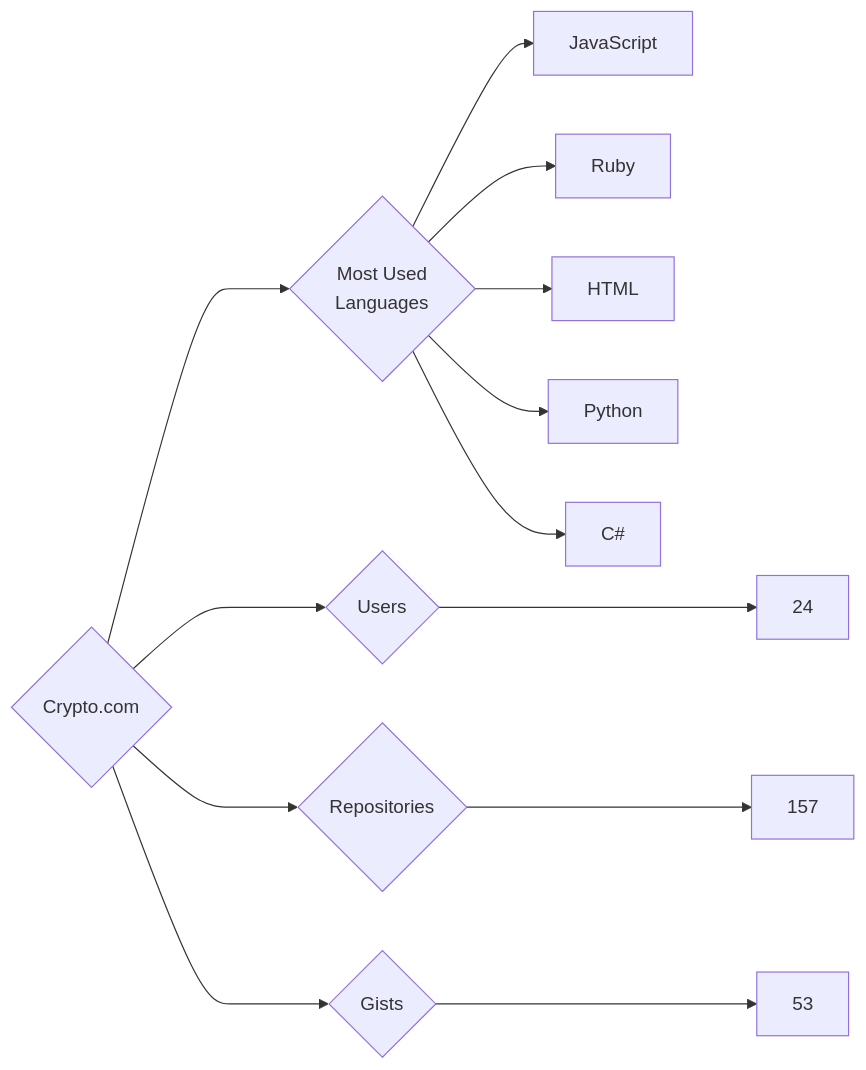
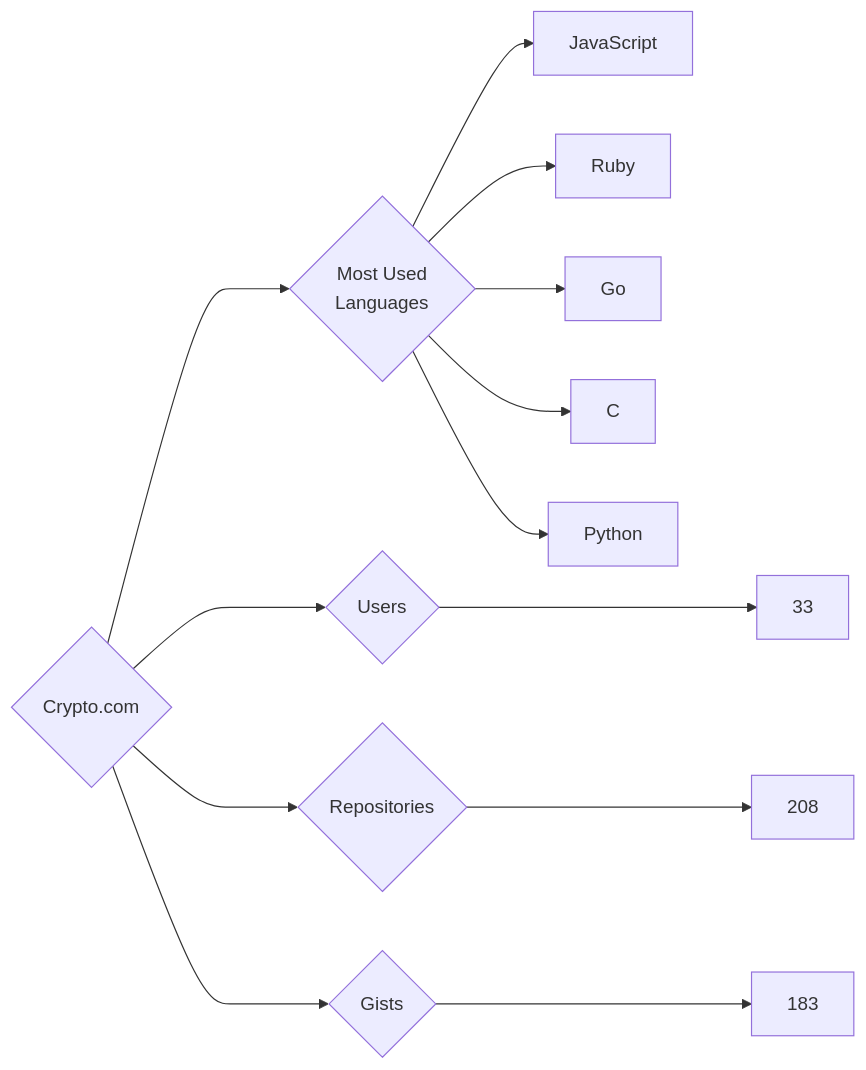
The diagram in targets/Crypto.com/README.md (trickest/insiders), drawn with Mermaid before and after one commit. The commit also changed 882 other files, not shown here.

````diff
--- a/targets/Crypto.com/README.md
+++ b/targets/Crypto.com/README.md
@@ -3,13 +3,13 @@
 ```mermaid
 graph LR
 COMPANY_NAME{Crypto.com}
-COMPANY_NAME ---> U{Users} ---> UN[24]
-COMPANY_NAME ---> R{Repositories} ---> RN[157]
-COMPANY_NAME ---> G{Gists} ---> GN[53]
+COMPANY_NAME ---> U{Users} ---> UN[33]
+COMPANY_NAME ---> R{Repositories} ---> RN[208]
+COMPANY_NAME ---> G{Gists} ---> GN[183]
 COMPANY_NAME ---> ML{Most Used<br>Languages}
 ML --> JavaScript[JavaScript]
 ML --> Ruby[Ruby]
-ML --> HTML[HTML]
+ML --> Go[Go]
+ML --> C[C]
 ML --> Python[Python]
-ML --> C#[C#]
 ```
````
